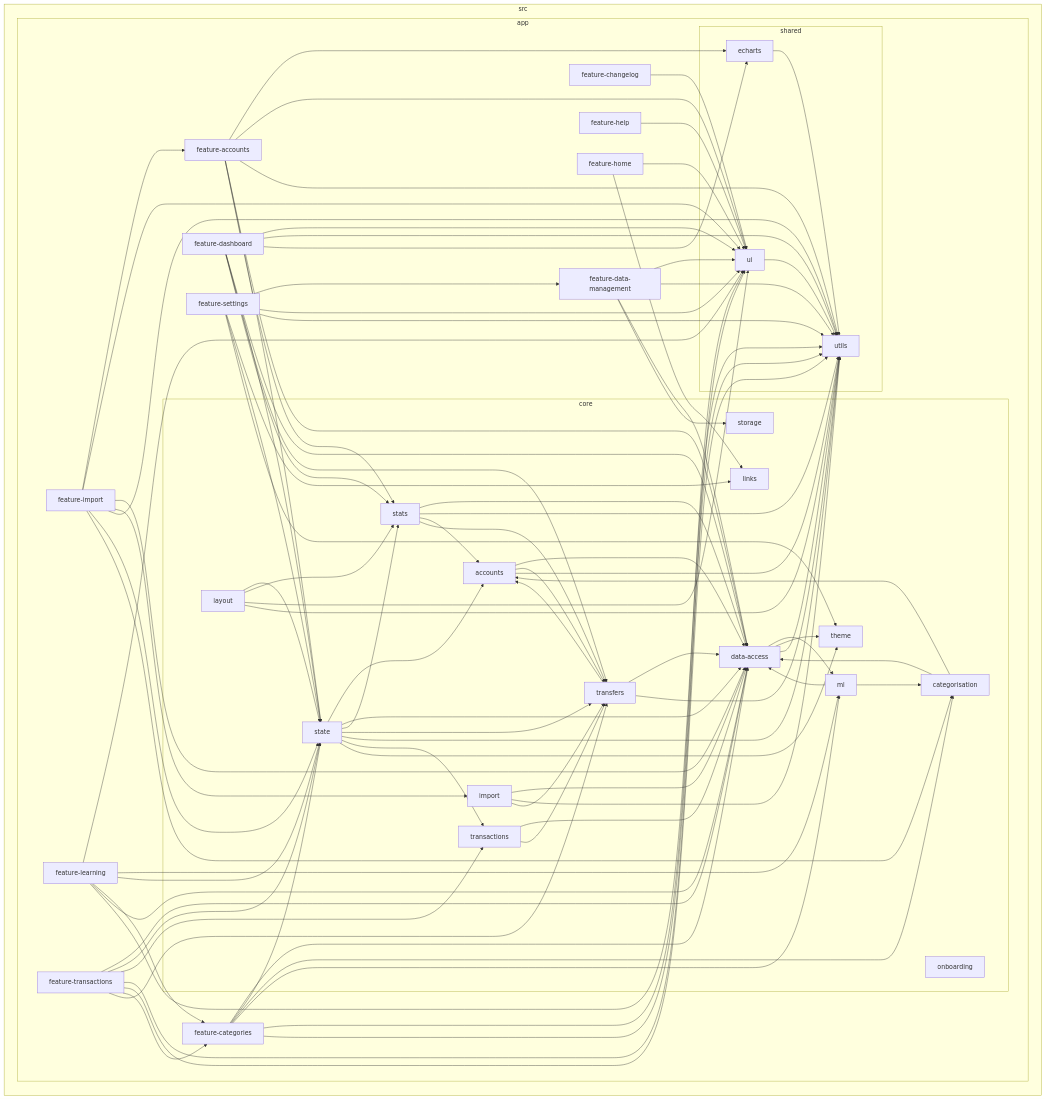
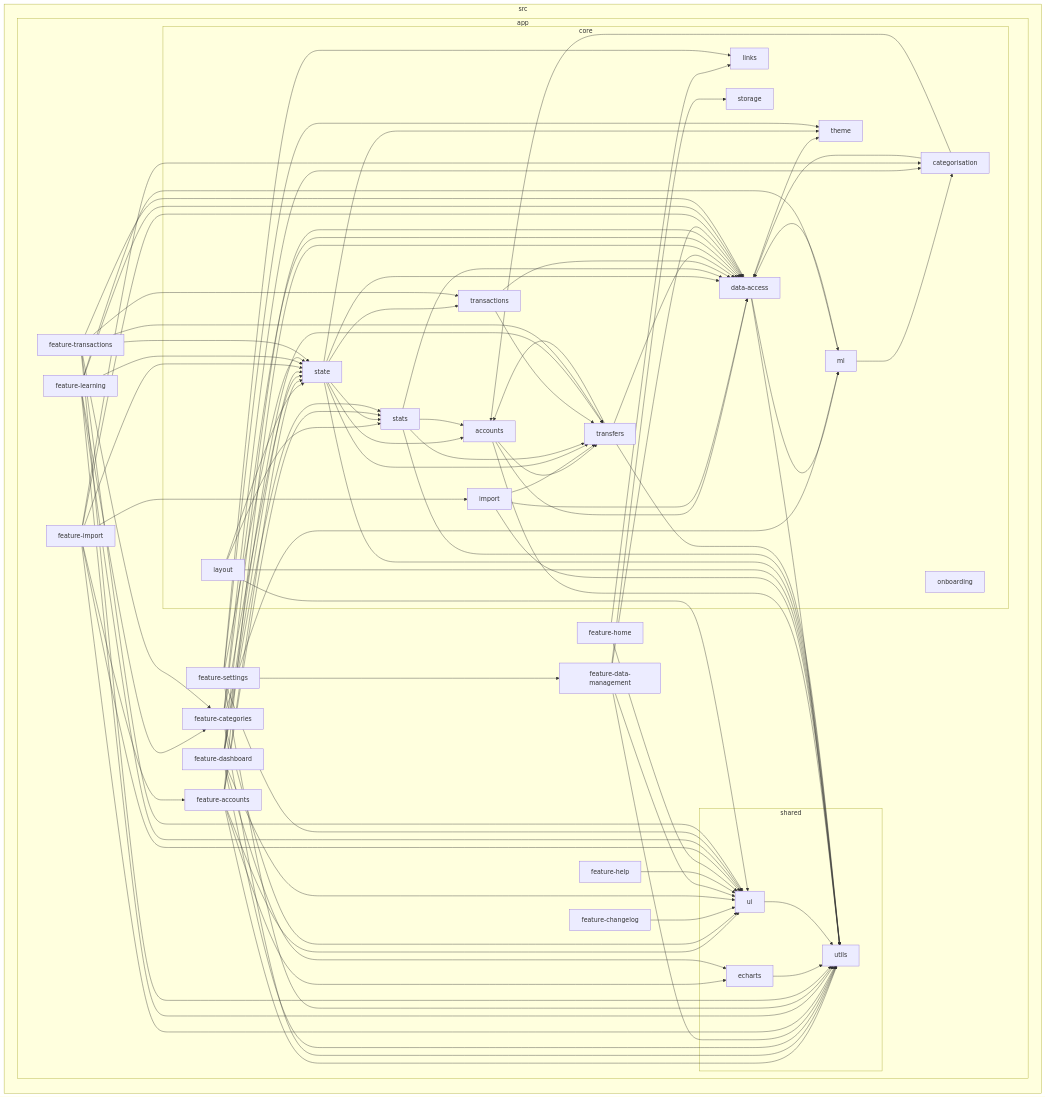
Before and after one commit to kevhauma/money-mosaic-v2: the diagram in reports/dependency-graph.mmd, drawn with Mermaid. The commit also changed other lines of this file and 28 other files, not shown here.

```diff
--- a/reports/dependency-graph.mmd
+++ b/reports/dependency-graph.mmd
@@ -1,126 +1,126 @@
 flowchart LR
 
 subgraph 0["src"]
 subgraph 1["app"]
 subgraph 2["core"]
 3["accounts"]
 4["categorisation"]
 5["data-access"]
 6["import"]
 7["layout"]
 8["links"]
 9["ml"]
 A["onboarding"]
 B["state"]
 C["stats"]
 D["storage"]
 E["theme"]
 F["transactions"]
 G["transfers"]
 end
 H["feature-accounts"]
 I["feature-categories"]
 J["feature-changelog"]
 K["feature-dashboard"]
 L["feature-data-management"]
 M["feature-help"]
 N["feature-home"]
 O["feature-import"]
 P["feature-learning"]
 Q["feature-settings"]
 R["feature-transactions"]
 subgraph S["shared"]
 T["echarts"]
 U["ui"]
 V["utils"]
 end
 end
 end
 3-->5
 3-->G
 3-->V
 4-->5
 4-->3
 5-->9
 5-->E
 5-->V
 6-->5
 6-->V
 6-->G
 7-->B
 7-->C
 7-->U
 7-->V
 9-->4
 9-->5
 B-->3
 B-->5
 B-->C
 B-->G
 B-->V
 B-->F
 B-->E
 C-->5
 C-->V
 C-->3
 C-->G
 F-->5
 F-->G
 G-->5
 G-->3
 G-->V
 H-->5
 H-->T
 H-->B
 H-->U
 H-->V
 H-->C
 I-->5
 I-->B
 I-->U
 I-->V
 I-->4
 I-->9
 J-->U
 K-->5
 K-->B
 K-->U
 K-->V
 K-->G
 K-->C
 K-->T
 L-->5
 L-->D
 L-->U
 L-->V
 M-->U
 N-->8
 N-->U
+O-->5
 O-->H
 O-->U
-O-->5
 O-->6
 O-->V
 O-->B
 O-->4
 P-->U
 P-->9
 P-->B
 P-->I
 P-->5
 P-->V
 Q-->8
 Q-->B
 Q-->E
 Q-->L
 Q-->U
 Q-->V
 R-->5
 R-->B
 R-->F
 R-->U
 R-->V
 R-->I
 R-->G
 T-->V
 U-->V
```
